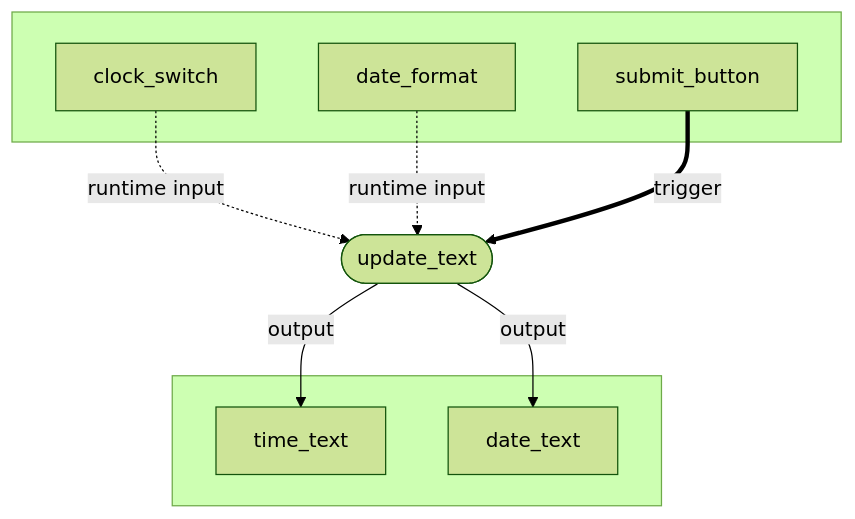
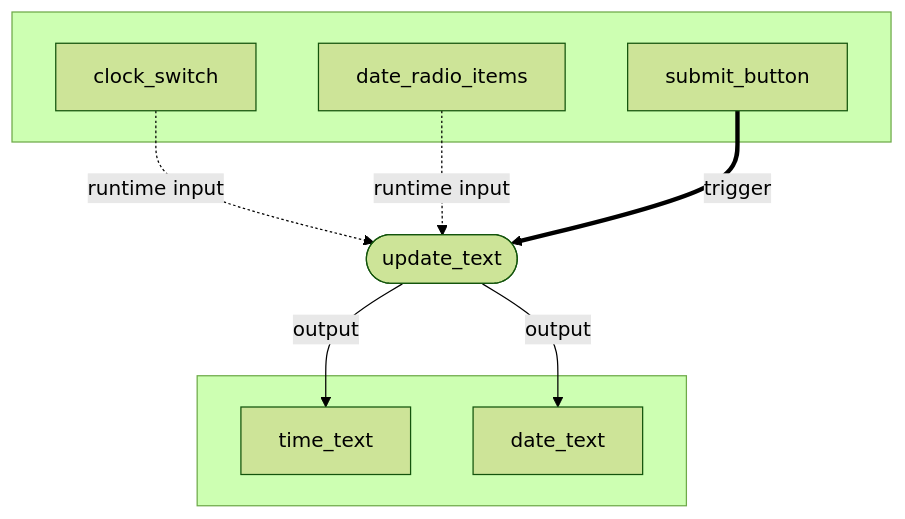
The third of 6 diagrams in vizro-core/docs/pages/tutorials/actions.md (mckinsey/vizro), drawn with Mermaid (forest theme) before and after one commit. The commit also changed other lines of this file and 2 other files, not shown here.

````diff
--- a/vizro-core/docs/pages/tutorials/actions.md
+++ b/vizro-core/docs/pages/tutorials/actions.md
@@ -334,17 +321,17 @@
 ```mermaid
 graph TD
   subgraph screen_1[" "]
     clock_switch
-    date_format
+    date_radio_items
     submit_button
   end
 
   subgraph screen_2[" "]
     time_text
     date_text
   end
     
-  clock_switch & date_format -. runtime input .-> update_text -- output --> time_text & date_text
+  clock_switch & date_radio_items -. runtime input .-> update_text -- output --> time_text & date_text
   submit_button == trigger ==> update_text([update_text])
 
 ```
````
